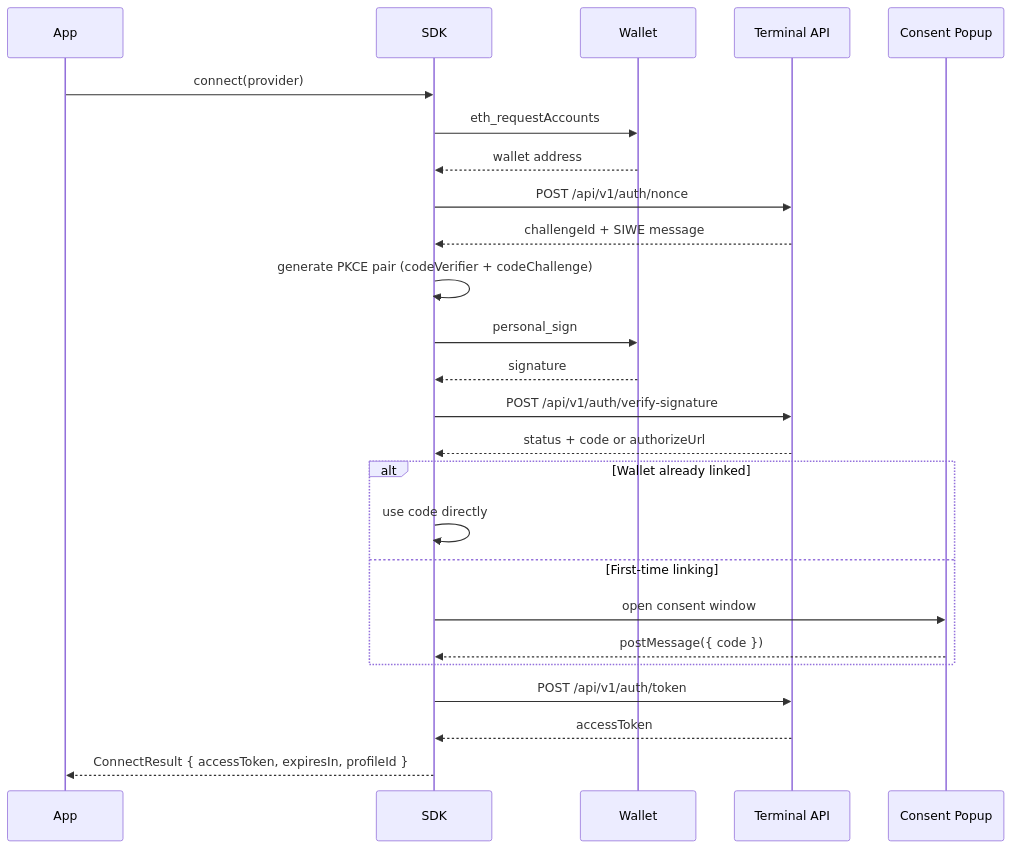
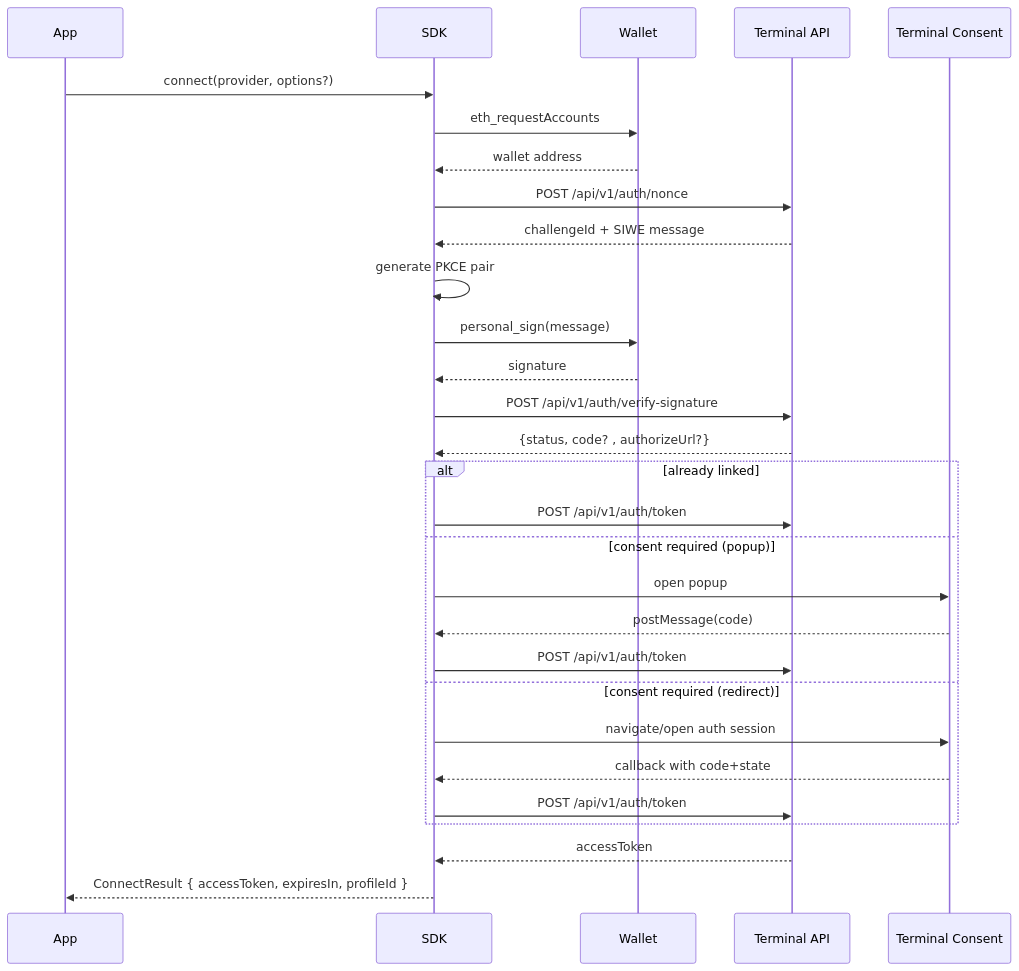
Before and after one commit to megaeth-labs/terminal-auth-sdk: the diagram in docs/guides/authentication-flow.md, drawn with Mermaid. The commit also changed other lines of this file and 18 other files, not shown here.

````diff
--- a/docs/guides/authentication-flow.md
+++ b/docs/guides/authentication-flow.md
@@ -7,35 +7,37 @@
 ```mermaid
 sequenceDiagram
     participant App
     participant SDK
     participant Wallet
     participant API as Terminal API
-    participant Popup as Consent Popup
+    participant Consent as Terminal Consent
 
-    App->>SDK: connect(provider)
+    App->>SDK: connect(provider, options?)
     SDK->>Wallet: eth_requestAccounts
     Wallet-->>SDK: wallet address
 
     SDK->>API: POST /api/v1/auth/nonce
     API-->>SDK: challengeId + SIWE message
 
-    SDK->>SDK: generate PKCE pair (codeVerifier + codeChallenge)
-
-    SDK->>Wallet: personal_sign
+    SDK->>SDK: generate PKCE pair
+    SDK->>Wallet: personal_sign(message)
     Wallet-->>SDK: signature
 
     SDK->>API: POST /api/v1/auth/verify-signature
-    API-->>SDK: status + code or authorizeUrl
+    API-->>SDK: {status, code? , authorizeUrl?}
 
-    alt Wallet already linked
-        SDK->>SDK: use code directly
-    else First-time linking
-        SDK->>Popup: open consent window
-        Popup-->>SDK: postMessage({ code })
+    alt already linked
+      SDK->>API: POST /api/v1/auth/token
+    else consent required (popup)
+      SDK->>Consent: open popup
+      Consent-->>SDK: postMessage(code)
+      SDK->>API: POST /api/v1/auth/token
+    else consent required (redirect)
+      SDK->>Consent: navigate/open auth session
+      Consent-->>SDK: callback with code+state
+      SDK->>API: POST /api/v1/auth/token
     end
 
-    SDK->>API: POST /api/v1/auth/token
     API-->>SDK: accessToken
-
     SDK-->>App: ConnectResult { accessToken, expiresIn, profileId }
 ```
````
